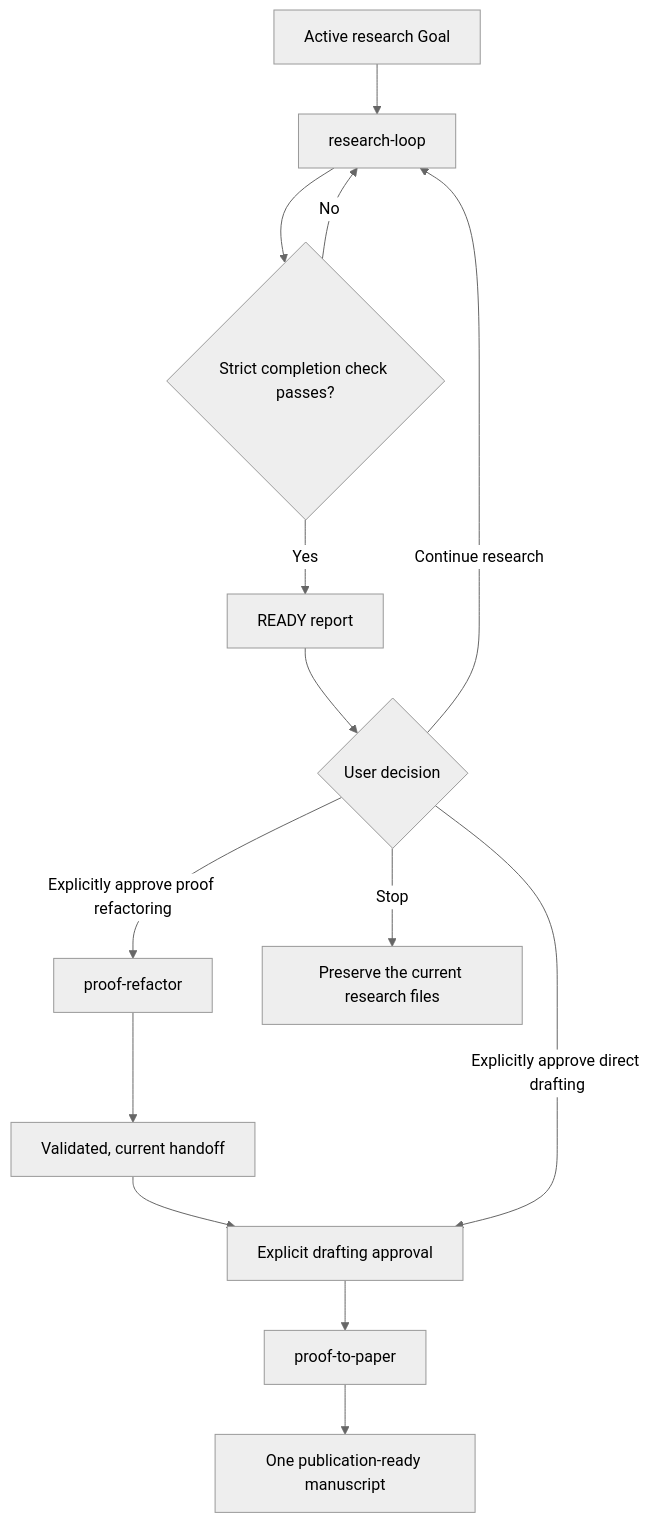
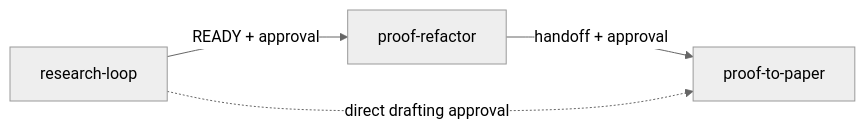
The diagram in README.md (pandaycxie/math-research-workflow), drawn with Mermaid (neutral theme) before and after one commit. The commit also changed 1 other file, not shown here.

Commit message:
Compact README workflow diagrams

````diff
--- a/README.md
+++ b/README.md
@@ -30,16 +30,6 @@
 ```mermaid
-flowchart TD
-    G["Active research Goal"] --> RL["research-loop"]
-    RL --> C{"Strict completion check passes?"}
-    C -- "No" --> RL
-    C -- "Yes" --> R["READY report"]
-    R --> D{"User decision"}
-    D -- "Continue research" --> RL
-    D -- "Explicitly approve proof refactoring" --> PR["proof-refactor"]
-    PR --> H["Validated, current handoff"]
-    H --> A["Explicit drafting approval"]
-    D -- "Explicitly approve direct drafting" --> A
-    A --> PP["proof-to-paper"]
-    PP --> M["One publication-ready manuscript"]
-    D -- "Stop" --> X["Preserve the current research files"]
+flowchart LR
+    RL["research-loop"] -->|"READY + approval"| PR["proof-refactor"]
+    PR -->|"handoff + approval"| PP["proof-to-paper"]
+    RL -. "direct drafting approval" .-> PP
 ```
````
